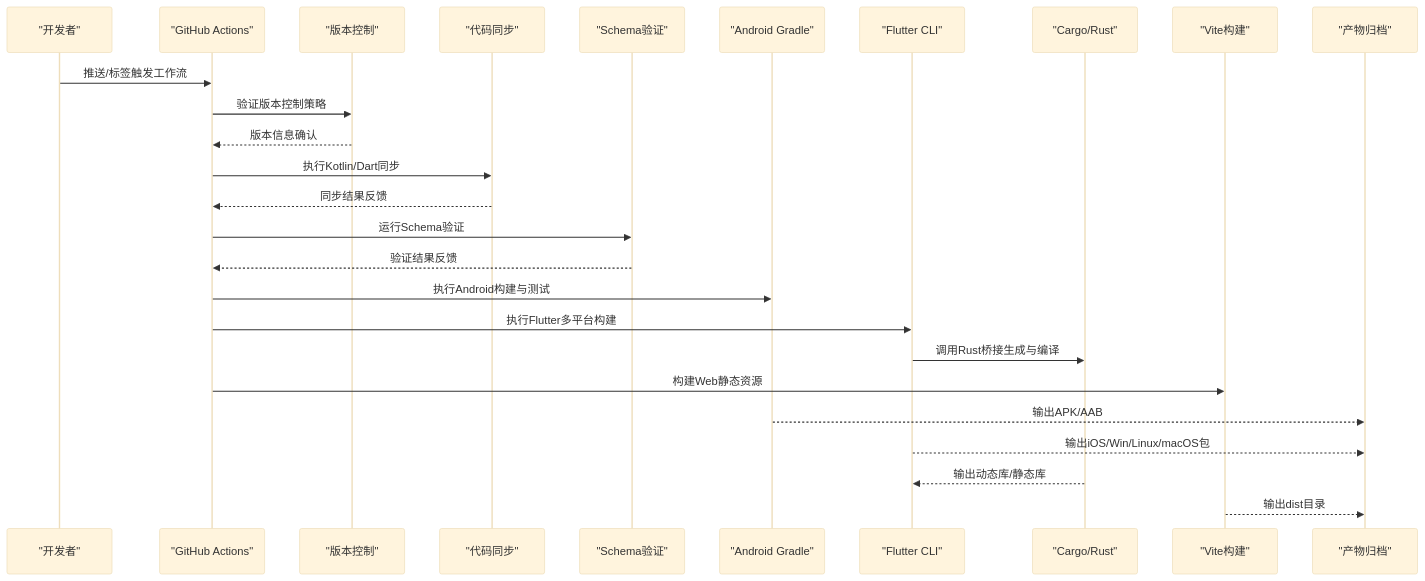
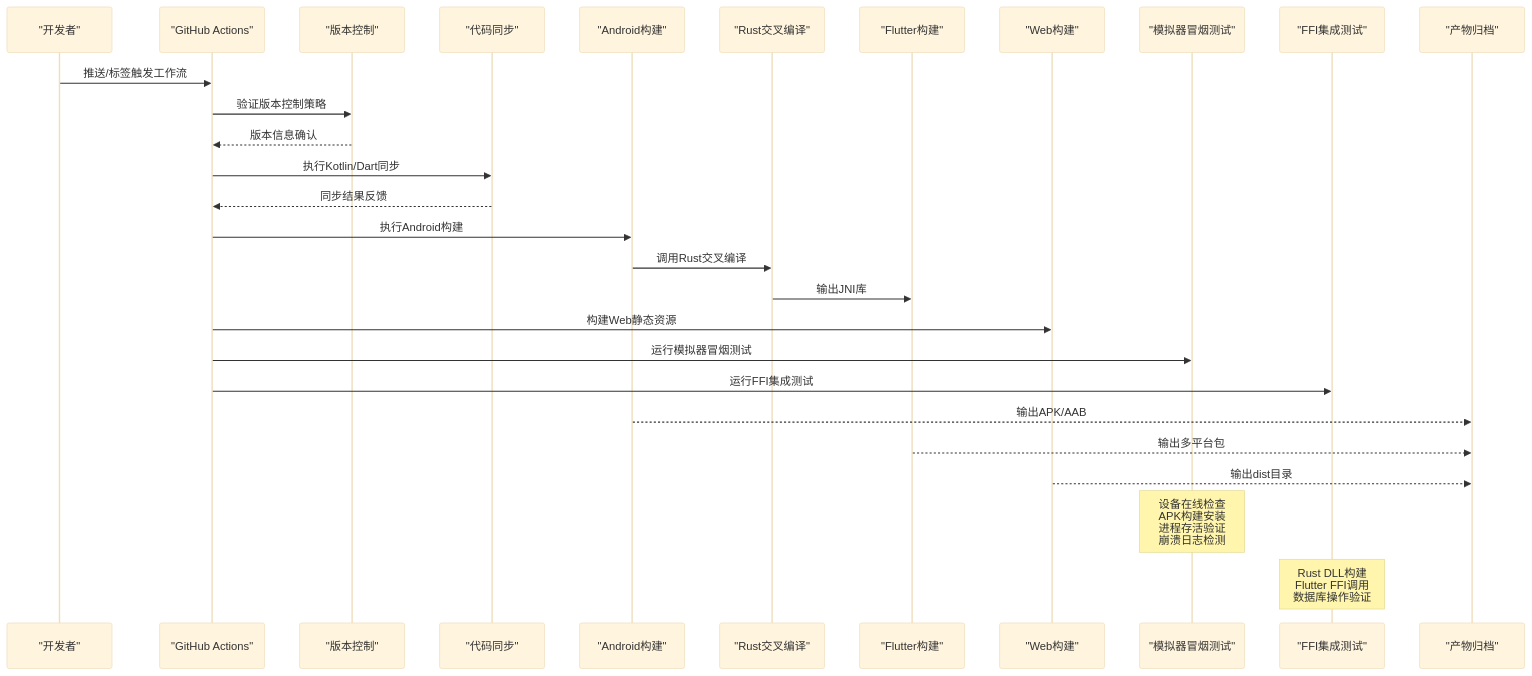
Before and after one commit to ZhangGHGitHub/LegadoTeamFlutter: the second of 16 diagrams in .qoder/repowiki/zh/content/构建和部署/构建和部署.md, drawn with Mermaid (base theme). The commit also changed other lines of this file and 173 other files, not shown here.

````diff
--- a/.qoder/repowiki/zh/content/构建和部署/构建和部署.md
+++ b/.qoder/repowiki/zh/content/构建和部署/构建和部署.md
@@ -167,28 +244,30 @@
 ```mermaid
 sequenceDiagram
 participant Dev as "开发者"
 participant GH as "GitHub Actions"
 participant VC as "版本控制"
 participant SYNC as "代码同步"
-participant SCHEMA as "Schema验证"
-participant AG as "Android Gradle"
-participant FL as "Flutter CLI"
-participant RS as "Cargo/Rust"
-participant WB as "Vite构建"
+participant ANDBUILD as "Android构建"
+participant RUSTBUILD as "Rust交叉编译"
+participant FLUTTER as "Flutter构建"
+participant WEB as "Web构建"
+participant SMOKE as "模拟器冒烟测试"
+participant FFI as "FFI集成测试"
 participant OUT as "产物归档"
 Dev->>GH : 推送/标签触发工作流
 GH->>VC : 验证版本控制策略
 VC-->>GH : 版本信息确认
 GH->>SYNC : 执行Kotlin/Dart同步
 SYNC-->>GH : 同步结果反馈
-GH->>SCHEMA : 运行Schema验证
-SCHEMA-->>GH : 验证结果反馈
-GH->>AG : 执行Android构建与测试
-GH->>FL : 执行Flutter多平台构建
-FL->>RS : 调用Rust桥接生成与编译
-GH->>WB : 构建Web静态资源
-AG-->>OUT : 输出APK/AAB
-FL-->>OUT : 输出iOS/Win/Linux/macOS包
-RS-->>FL : 输出动态库/静态库
-WB-->>OUT : 输出dist目录
+GH->>ANDBUILD : 执行Android构建
+ANDBUILD->>RUSTBUILD : 调用Rust交叉编译
+RUSTBUILD->>FLUTTER : 输出JNI库
+GH->>WEB : 构建Web静态资源
+GH->>SMOKE : 运行模拟器冒烟测试
+GH->>FFI : 运行FFI集成测试
+ANDBUILD-->>OUT : 输出APK/AAB
+FLUTTER-->>OUT : 输出多平台包
+WEB-->>OUT : 输出dist目录
+Note over SMOKE : 设备在线检查<br/>APK构建安装<br/>进程存活验证<br/>崩溃日志检测
+Note over FFI : Rust DLL构建<br/>Flutter FFI调用<br/>数据库操作验证
 ```
````
